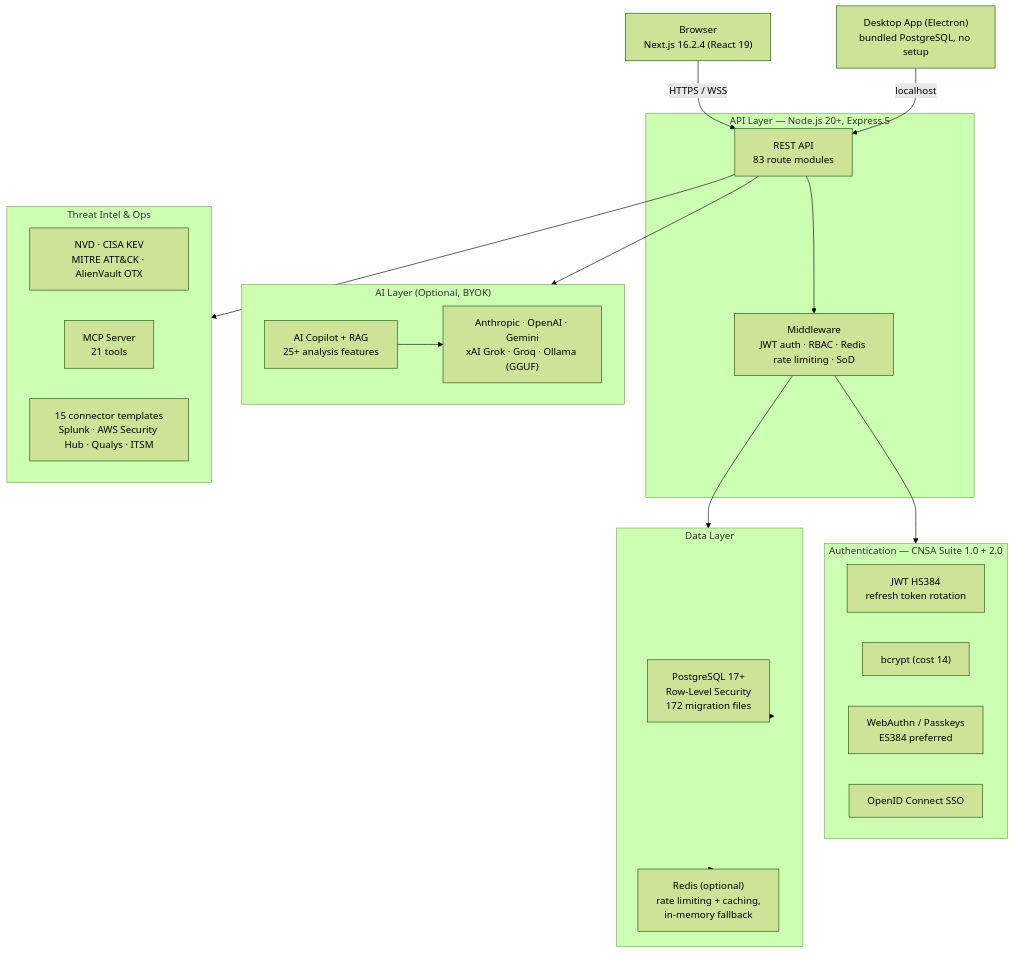
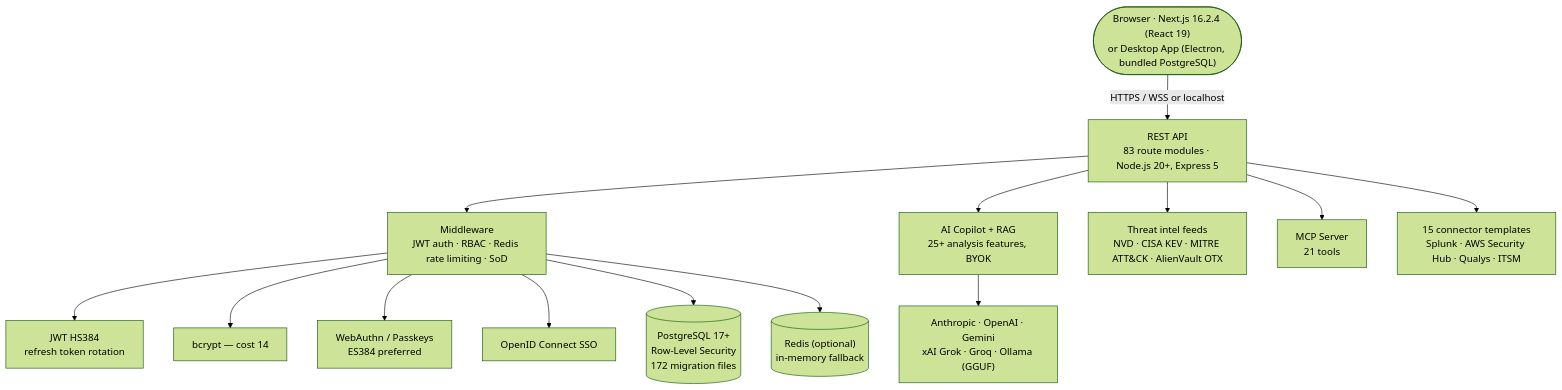
Before and after one commit to sherifconteh-collab/ai-grc-platform: the diagram in README.md, drawn with Mermaid (forest theme). The commit also changed 24 other files, not shown here.

First line of the commit message:
fix(deps): suppress dotenv's third-party tip banner; redesign README diagram

````diff
--- a/README.md
+++ b/README.md
@@ -678,44 +678,31 @@
 ```mermaid
 graph TD
-    Browser["Browser<br/>Next.js 16.2.4 (React 19)"]
-    Desktop["Desktop App (Electron)<br/>bundled PostgreSQL, no setup"]
+    Client(["Browser · Next.js 16.2.4 (React 19)<br/>or Desktop App (Electron, bundled PostgreSQL)"])
+    API["REST API<br/>83 route modules · Node.js 20+, Express 5"]
+    MW["Middleware<br/>JWT auth · RBAC · Redis rate limiting · SoD"]
+    JWTNode["JWT HS384<br/>refresh token rotation"]
+    Bcrypt["bcrypt — cost 14"]
+    WebAuthn["WebAuthn / Passkeys<br/>ES384 preferred"]
+    OIDC["OpenID Connect SSO"]
+    DB[("PostgreSQL 17+<br/>Row-Level Security<br/>172 migration files")]
+    Cache[("Redis (optional)<br/>in-memory fallback")]
+    Copilot["AI Copilot + RAG<br/>25+ analysis features, BYOK"]
+    Providers["Anthropic · OpenAI · Gemini<br/>xAI Grok · Groq · Ollama (GGUF)"]
+    Feeds["Threat intel feeds<br/>NVD · CISA KEV · MITRE ATT&CK · AlienVault OTX"]
+    MCP["MCP Server<br/>21 tools"]
+    Connectors["15 connector templates<br/>Splunk · AWS Security Hub · Qualys · ITSM"]
 
-    subgraph API["API Layer — Node.js 20+, Express 5"]
-        Express["REST API<br/>83 route modules"]
-        MW["Middleware<br/>JWT auth · RBAC · Redis rate limiting · SoD"]
-    end
-
-    subgraph Auth["Authentication — CNSA Suite 1.0 + 2.0"]
-        JWTSvc["JWT HS384<br/>refresh token rotation"]
-        Bcrypt["bcrypt (cost 14)"]
-        WebAuthn["WebAuthn / Passkeys<br/>ES384 preferred"]
-        OIDC["OpenID Connect SSO"]
-    end
-
-    subgraph Data["Data Layer"]
-        PG["PostgreSQL 17+<br/>Row-Level Security<br/>172 migration files"]
-        Redis["Redis (optional)<br/>rate limiting + caching,\nin-memory fallback"]
-    end
-
-    subgraph AI["AI Layer (Optional, BYOK)"]
-        Copilot["AI Copilot + RAG<br/>25+ analysis features"]
-        Providers["Anthropic · OpenAI · Gemini<br/>xAI Grok · Groq · Ollama (GGUF)"]
-    end
-
-    subgraph Intel["Threat Intel & Ops"]
-        Feeds["NVD · CISA KEV<br/>MITRE ATT&CK · AlienVault OTX"]
-        MCP["MCP Server<br/>21 tools"]
-        Connectors["15 connector templates<br/>Splunk · AWS Security Hub · Qualys · ITSM"]
-    end
-
-    Browser -->|HTTPS / WSS| Express
-    Desktop -->|localhost| Express
-    Express --> MW
-    MW --> Auth
-    MW --> Data
-    Express --> AI
-    Express --> Intel
+    Client -->|HTTPS / WSS or localhost| API
+    API --> MW
+    MW --> JWTNode
+    MW --> Bcrypt
+    MW --> WebAuthn
+    MW --> OIDC
+    MW --> DB
+    MW --> Cache
+    API --> Copilot
     Copilot --> Providers
-    Data --> PG
-    Data --> Redis
+    API --> Feeds
+    API --> MCP
+    API --> Connectors
 ```
````
